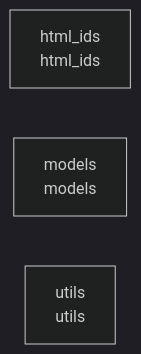
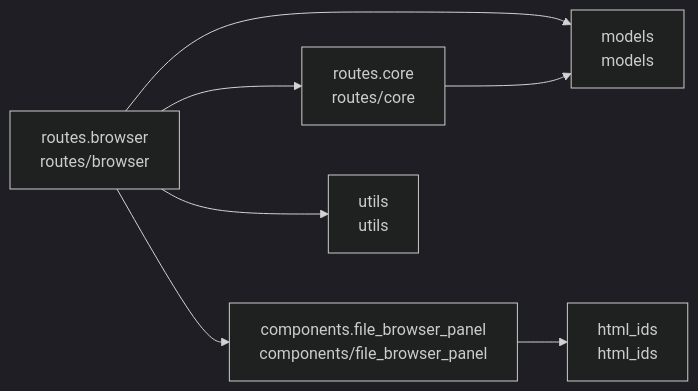
One commit to cj-mills/cjm-transcription-source-select changed the diagram in README.md. Above: the diagram before and after it, drawn with Mermaid (dark theme). The commit also changed other lines of this file and 13 other files, not shown here.

Commit message:
Add file browser panel with media filtering, navigate/select routes, and library-driven selection UI for Phase 2.

````diff
--- a/README.md
+++ b/README.md
@@ -23,6 +28,16 @@
 ``` mermaid
 graph LR
+    components_file_browser_panel[components.file_browser_panel<br/>components/file_browser_panel]
     html_ids[html_ids<br/>html_ids]
     models[models<br/>models]
+    routes_browser[routes.browser<br/>routes/browser]
+    routes_core[routes.core<br/>routes/core]
     utils[utils<br/>utils]
+
+    components_file_browser_panel --> html_ids
+    routes_browser --> routes_core
+    routes_browser --> components_file_browser_panel
+    routes_browser --> models
+    routes_browser --> utils
+    routes_core --> models
 ```
````
